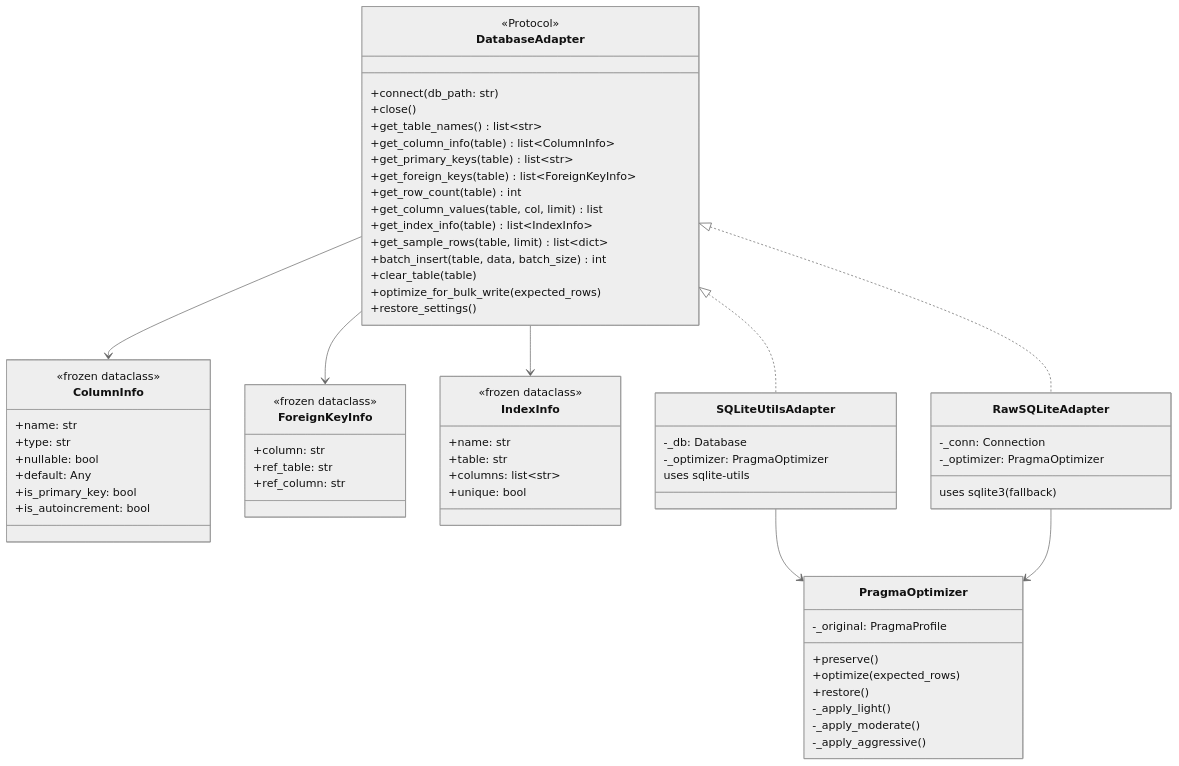
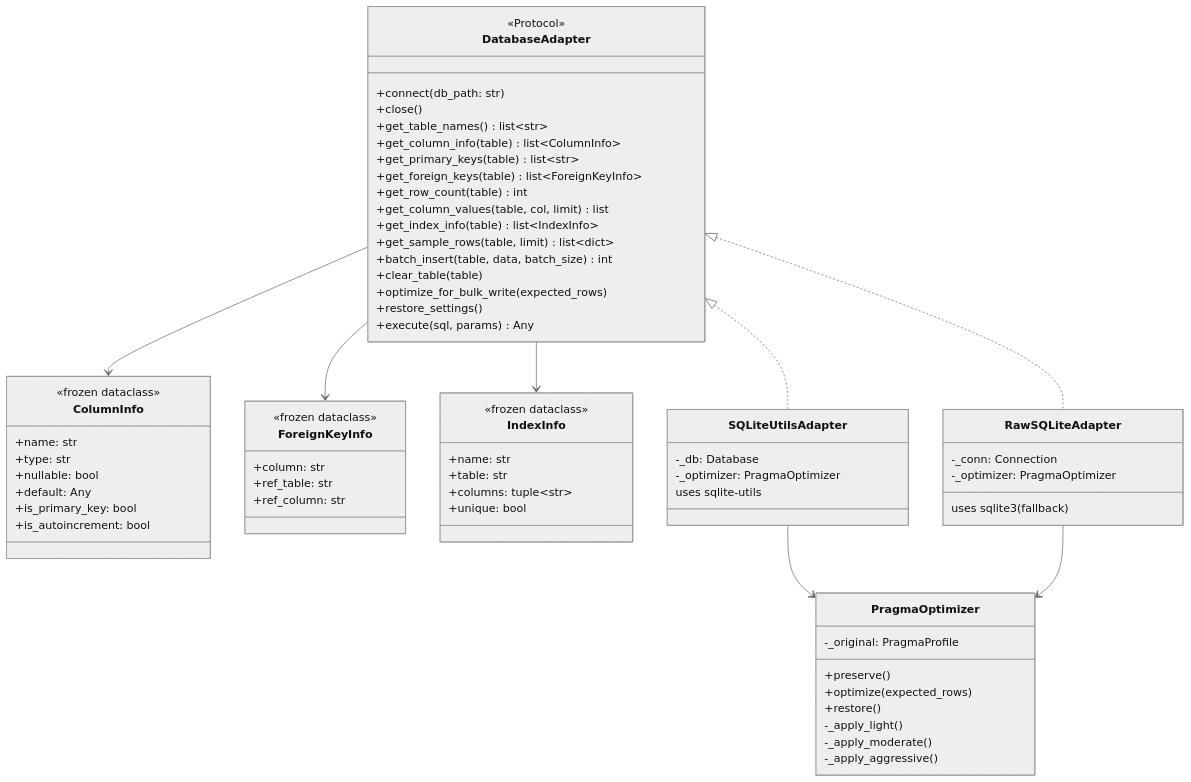
The fifth of 11 diagrams in docs/architecture.md (sunbos/sqlseed), drawn with Mermaid (neutral theme) before and after one commit. The commit also changed other lines of this file and 6 other files, not shown here.

````diff
--- a/docs/architecture.md
+++ b/docs/architecture.md
@@ -318,75 +318,76 @@
 ```mermaid
 classDiagram
     class DatabaseAdapter {
         <<Protocol>>
         +connect(db_path: str)
         +close()
         +get_table_names() list~str~
         +get_column_info(table) list~ColumnInfo~
         +get_primary_keys(table) list~str~
         +get_foreign_keys(table) list~ForeignKeyInfo~
         +get_row_count(table) int
         +get_column_values(table, col, limit) list
         +get_index_info(table) list~IndexInfo~
         +get_sample_rows(table, limit) list~dict~
         +batch_insert(table, data, batch_size) int
         +clear_table(table)
         +optimize_for_bulk_write(expected_rows)
         +restore_settings()
+        +execute(sql, params) Any
     }
 
     class ColumnInfo {
         <<frozen dataclass>>
         +name: str
         +type: str
         +nullable: bool
         +default: Any
         +is_primary_key: bool
         +is_autoincrement: bool
     }
 
     class ForeignKeyInfo {
         <<frozen dataclass>>
         +column: str
         +ref_table: str
         +ref_column: str
     }
 
     class IndexInfo {
         <<frozen dataclass>>
         +name: str
         +table: str
-        +columns: list~str~
+        +columns: tuple~str~
         +unique: bool
     }
 
     class SQLiteUtilsAdapter {
         -_db: Database
         -_optimizer: PragmaOptimizer
         uses sqlite-utils
     }
 
     class RawSQLiteAdapter {
         -_conn: Connection
         -_optimizer: PragmaOptimizer
         uses sqlite3 (fallback)
     }
 
     class PragmaOptimizer {
         -_original: PragmaProfile
         +preserve()
         +optimize(expected_rows)
         +restore()
         -_apply_light()
         -_apply_moderate()
         -_apply_aggressive()
     }
 
     DatabaseAdapter <|.. SQLiteUtilsAdapter
     DatabaseAdapter <|.. RawSQLiteAdapter
     SQLiteUtilsAdapter --> PragmaOptimizer
     RawSQLiteAdapter --> PragmaOptimizer
     DatabaseAdapter --> ColumnInfo
     DatabaseAdapter --> ForeignKeyInfo
     DatabaseAdapter --> IndexInfo
 ```
````
